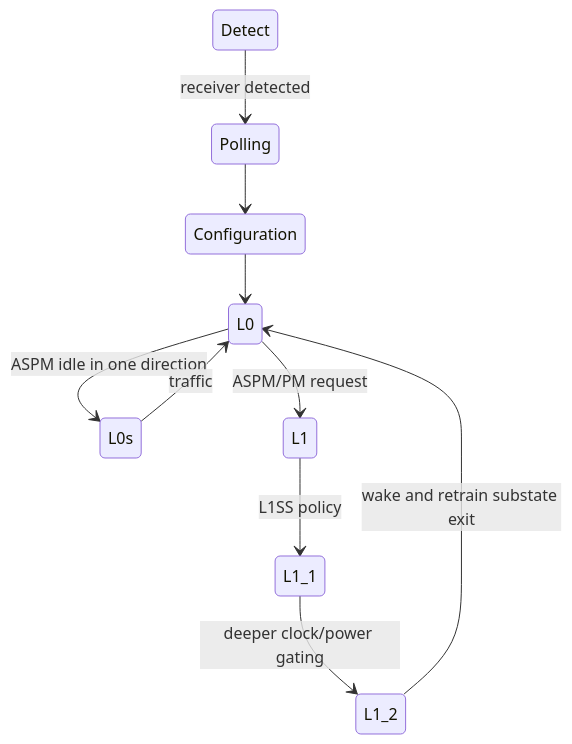
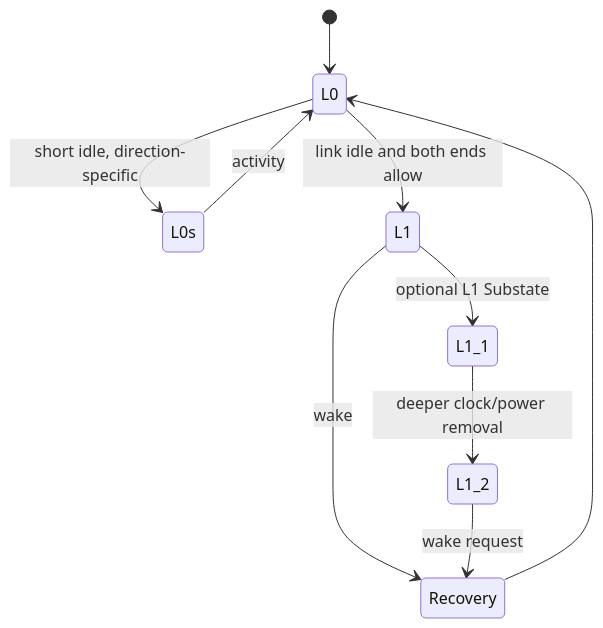
Before and after one commit to cdragon-ljl/EEandEdgeAI: the second of 3 diagrams in docs/articles/pcie/pci-11-power-aspm-clkreq-runtime-pm.md, drawn with Mermaid. The commit also changed other lines of this file and 4 other files, not shown here.

````diff
--- a/docs/articles/pcie/pci-11-power-aspm-clkreq-runtime-pm.md
+++ b/docs/articles/pcie/pci-11-power-aspm-clkreq-runtime-pm.md
@@ -178,12 +63,12 @@
 ```mermaid
 stateDiagram-v2
-    Detect --> Polling: receiver detected
-    Polling --> Configuration
-    Configuration --> L0
-    L0 --> L0s: ASPM idle in one direction
-    L0s --> L0: traffic
-    L0 --> L1: ASPM/PM request
-    L1 --> L1_1: L1SS policy
-    L1_1 --> L1_2: deeper clock/power gating
-    L1_2 --> L0: wake and retrain substate exit
+    [*] --> L0
+    L0 --> L0s: short idle, direction-specific
+    L0s --> L0: activity
+    L0 --> L1: link idle and both ends allow
+    L1 --> Recovery: wake
+    Recovery --> L0
+    L1 --> L1_1: optional L1 Substate
+    L1_1 --> L1_2: deeper clock/power removal
+    L1_2 --> Recovery: wake request
 ```
````
